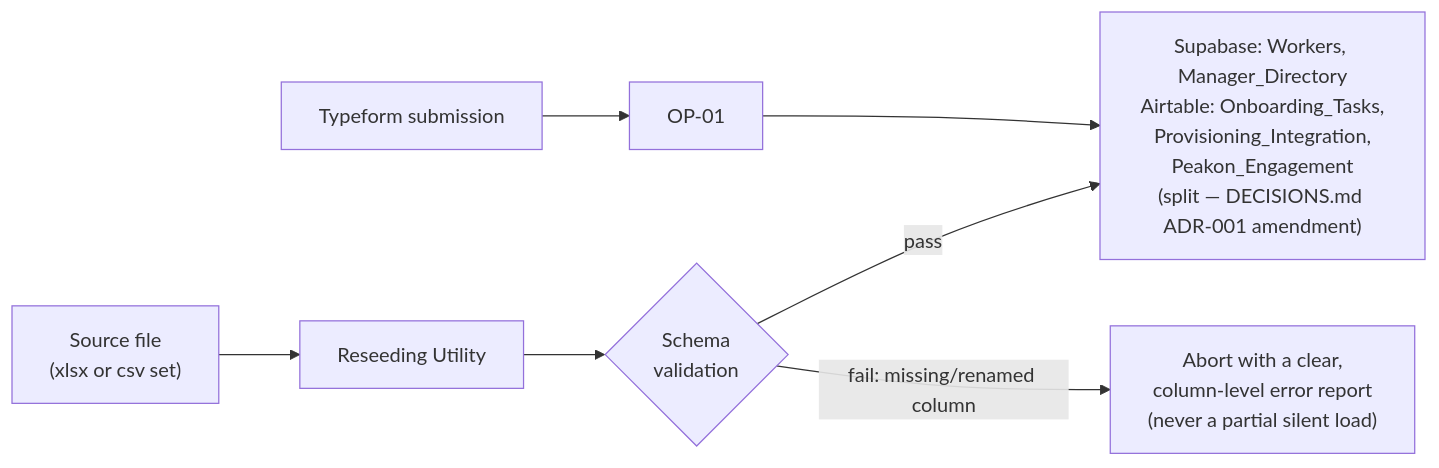
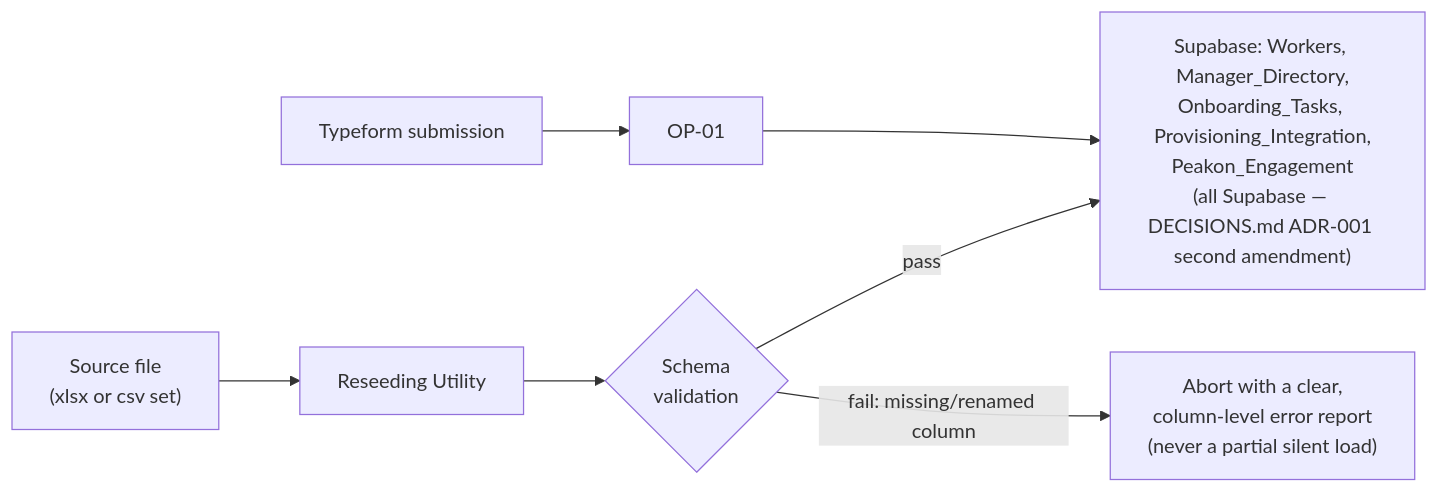
One commit to veinsan/supervity-ai-employee changed the first of 2 diagrams in docs/DATA_FLOW.md. Above: the diagram before and after it, drawn with Mermaid. The commit also changed other lines of this file and 11 other files, not shown here.

````diff
--- a/docs/DATA_FLOW.md
+++ b/docs/DATA_FLOW.md
@@ -28,9 +28,9 @@
 ```mermaid
 flowchart LR
     A["Source file<br/>(xlsx or csv set)"] --> B["Reseeding Utility"]
     B --> C{"Schema<br/>validation"}
-    C -->|pass| D["Supabase: Workers, Manager_Directory<br/>Airtable: Onboarding_Tasks,<br/>Provisioning_Integration,<br/>Peakon_Engagement<br/>(split — DECISIONS.md ADR-001 amendment)"]
+    C -->|pass| D["Supabase: Workers, Manager_Directory,<br/>Onboarding_Tasks, Provisioning_Integration,<br/>Peakon_Engagement<br/>(all Supabase — DECISIONS.md ADR-001 second amendment)"]
     C -->|fail: missing/renamed column| E["Abort with a clear,<br/>column-level error report<br/>(never a partial silent load)"]
     F["Typeform submission"] --> G["OP-01"]
     G --> D
 ```
````
